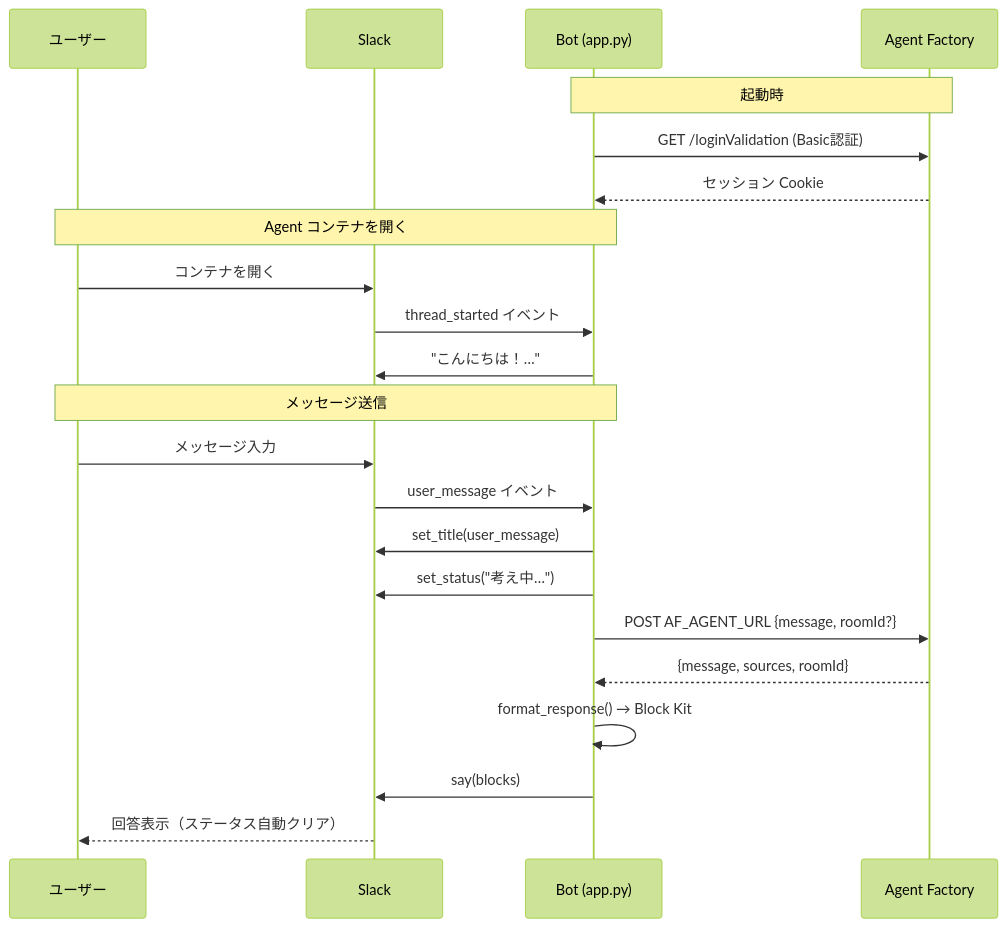
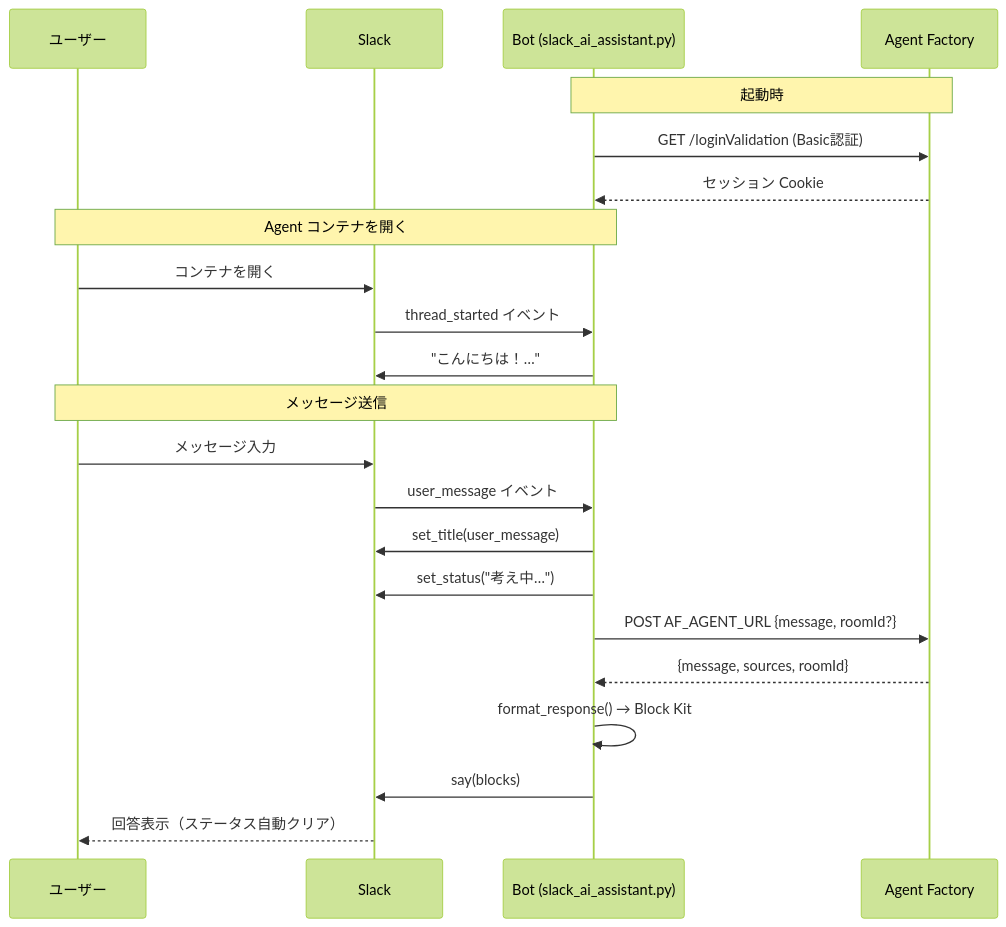
One commit to hinabasfdc/event-oracle-code-night changed the first of 2 diagrams in README.md. Above: the diagram before and after it, drawn with Mermaid (forest theme).

Commit message:
Update bot reference in sequence diagram

````diff
--- a/README.md
+++ b/README.md
@@ -8,27 +8,27 @@
 ```mermaid
 sequenceDiagram
     participant U as ユーザー
     participant S as Slack
-    participant B as Bot (app.py)
+    participant B as Bot (slack_ai_assistant.py)
     participant AF as Agent Factory
 
     Note over B,AF: 起動時
     B->>AF: GET /loginValidation (Basic認証)
     AF-->>B: セッション Cookie
 
     Note over U,B: Agent コンテナを開く
     U->>S: コンテナを開く
     S->>B: thread_started イベント
     B->>S: "こんにちは！…"
 
     Note over U,B: メッセージ送信
     U->>S: メッセージ入力
     S->>B: user_message イベント
     B->>S: set_title(user_message)
     B->>S: set_status("考え中…")
     B->>AF: POST AF_AGENT_URL {message, roomId?}
     AF-->>B: {message, sources, roomId}
     B->>B: format_response() → Block Kit
     B->>S: say(blocks)
     S-->>U: 回答表示（ステータス自動クリア）
 ```
````
